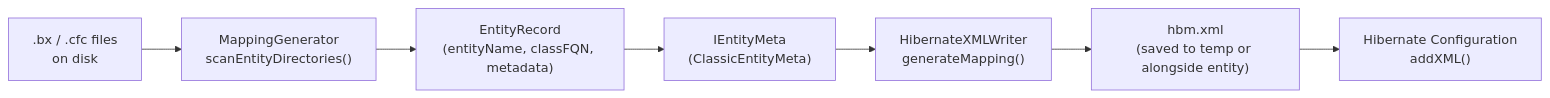
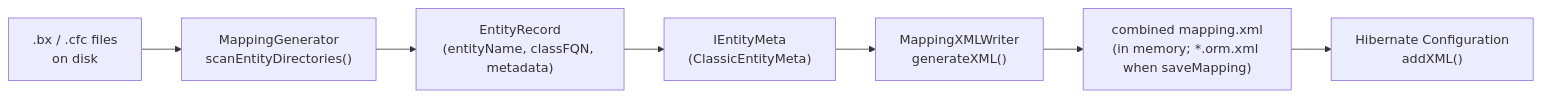
Before and after one commit to ortus-boxlang/bx-orm: the diagram in .agents/skills-custom/bx-orm-entity-mapping/SKILL.md, drawn with Mermaid. The commit also changed other lines of this file and 63 other files, not shown here.

````diff
--- a/.agents/skills-custom/bx-orm-entity-mapping/SKILL.md
+++ b/.agents/skills-custom/bx-orm-entity-mapping/SKILL.md
@@ -20,9 +20,9 @@
 ```mermaid
 flowchart LR
     A[".bx / .cfc files<br/>on disk"] --> B["MappingGenerator<br/>scanEntityDirectories()"]
     B --> C["EntityRecord<br/>(entityName, classFQN, metadata)"]
     C --> D["IEntityMeta<br/>(ClassicEntityMeta)"]
-    D --> E["HibernateXMLWriter<br/>generateMapping()"]
-    E --> F["hbm.xml<br/>(saved to temp or alongside entity)"]
+    D --> E["MappingXMLWriter<br/>generateXML()"]
+    E --> F["combined mapping.xml<br/>(in memory; *.orm.xml when saveMapping)"]
     F --> G["Hibernate Configuration<br/>addXML()"]
 ```
````
